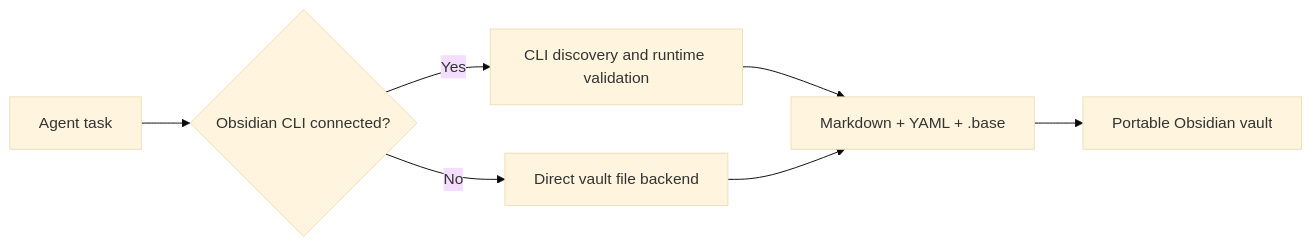
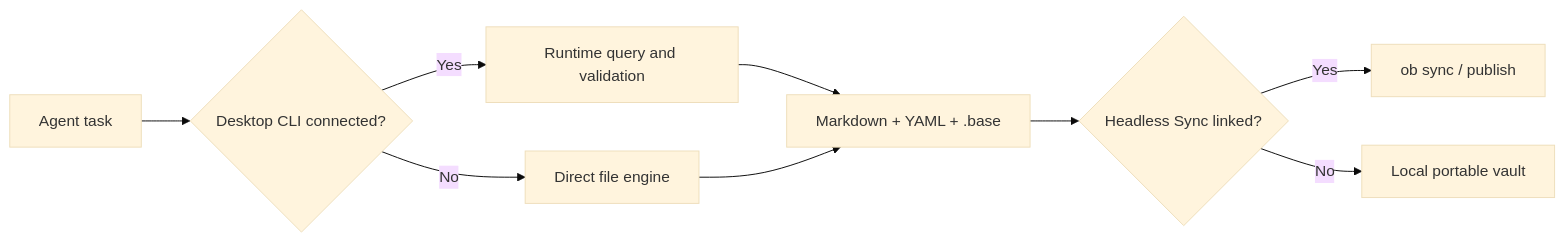
The diagram in README.md (pentaoa/obsidian-knowledge-manager-skill), drawn with Mermaid (base theme) before and after one commit. The commit also changed other lines of this file and 4 other files, not shown here.

Commit message:
Add headless Sync backend (#2)

````diff
--- a/README.md
+++ b/README.md
@@ -31,9 +32,11 @@
 ```mermaid
 flowchart LR
-    A["Agent task"] --> B{"Obsidian CLI connected?"}
-    B -->|Yes| C["CLI discovery and runtime validation"]
-    B -->|No| D["Direct vault file backend"]
+    A["Agent task"] --> B{"Desktop CLI connected?"}
+    B -->|Yes| C["Runtime query and validation"]
+    B -->|No| D["Direct file engine"]
     C --> E["Markdown + YAML + .base"]
     D --> E
-    E --> F["Portable Obsidian vault"]
+    E --> F{"Headless Sync linked?"}
+    F -->|Yes| G["ob sync / publish"]
+    F -->|No| H["Local portable vault"]
 ```
````
